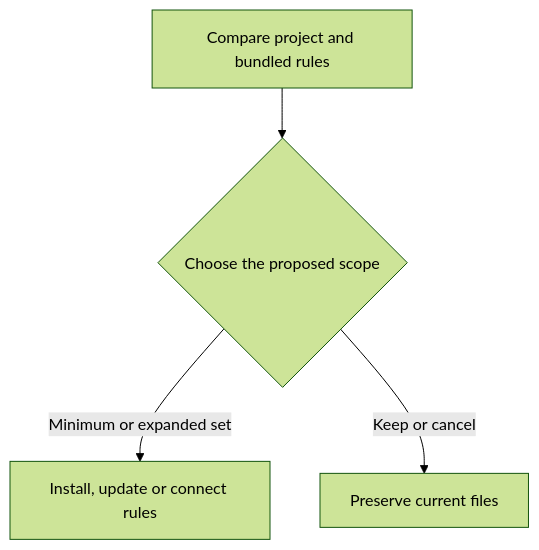
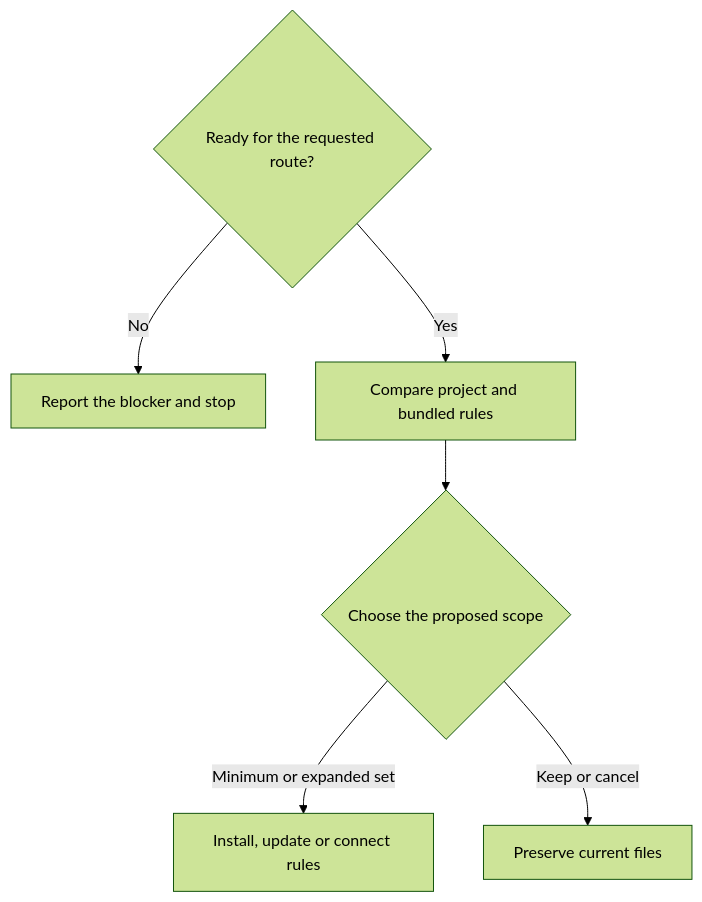
The diagram in docs/commands/adopt.md (myowinthein/agent-helm), drawn with Mermaid (forest theme) before and after one commit. The commit also changed other lines of this file and 45 other files, not shown here.

````diff
--- a/docs/commands/adopt.md
+++ b/docs/commands/adopt.md
@@ -17,6 +17,8 @@
 ```mermaid
 flowchart TD
+  Gate{"Ready for the requested route?"} -->|No| Stop["Report the blocker and stop"]
+  Gate -->|Yes| Compare
   Compare["Compare project and bundled rules"] --> Choose{"Choose the proposed scope"}
   Choose -->|Minimum or expanded set| Apply["Install, update or connect rules"]
   Choose -->|Keep or cancel| Keep["Preserve current files"]
 ```
````
